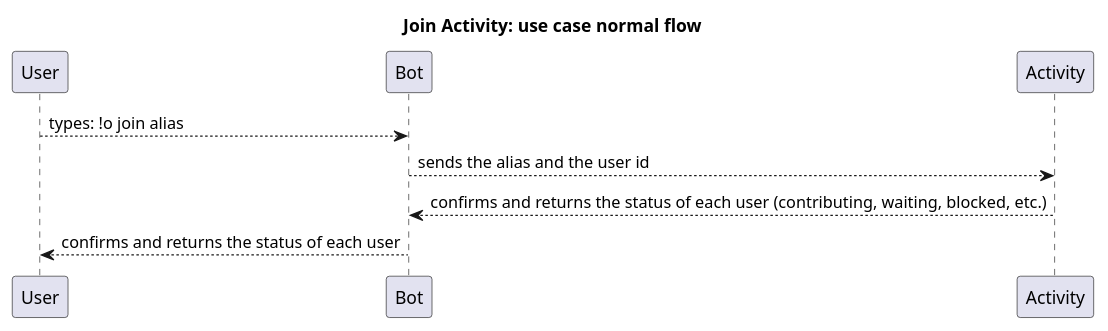
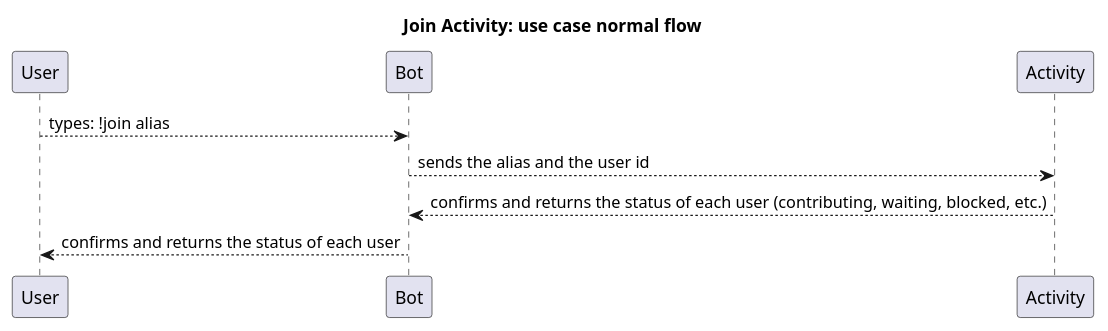
One commit to orion-services/bot changed the diagram in docs/uml/ucJoinActivity.puml. Above: the diagram before and after it, drawn with PlantUML. The commit also changed 8 other files, not shown here.

```diff
--- a/docs/uml/ucJoinActivity.puml
+++ b/docs/uml/ucJoinActivity.puml
@@ -1,9 +1,9 @@
 @startuml
 
 title Join Activity: use case normal flow
 
-User --> Bot: types: !o join alias
+User --> Bot: types: !join alias
 Bot --> Activity: sends the alias and the user id
 Activity --> Bot: confirms and returns the status of each user (contributing, waiting, blocked, etc.) 
 Bot --> User:  confirms and returns the status of each user
 @enduml
```
